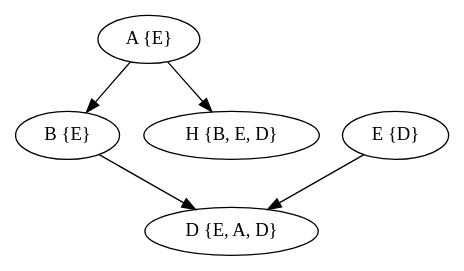
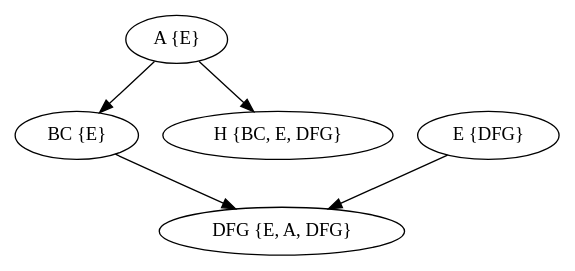
One commit to GiovA07/Pointer_Analysis changed the diagram in output/grafo.dot. Above: the diagram before and after it, drawn with Graphviz. The commit also changed 10 other files, not shown here.

```diff
--- a/output/grafo.dot
+++ b/output/grafo.dot
@@ -1,12 +1,12 @@
 digraph{
 rankdir=TB;
-D [label="D {E, A, D}"];
+DFG [label="DFG {E, A, DFG}"];
 A [label="A {E}"];
-B [label="B {E}"];
-E [label="E {D}"];
-H [label="H {B, E, D}"];
-A -> B;
+BC [label="BC {E}"];
+E [label="E {DFG}"];
+H [label="H {BC, E, DFG}"];
+A -> BC;
 A -> H;
-B -> D;
-E -> D;
+BC -> DFG;
+E -> DFG;
 }
```
